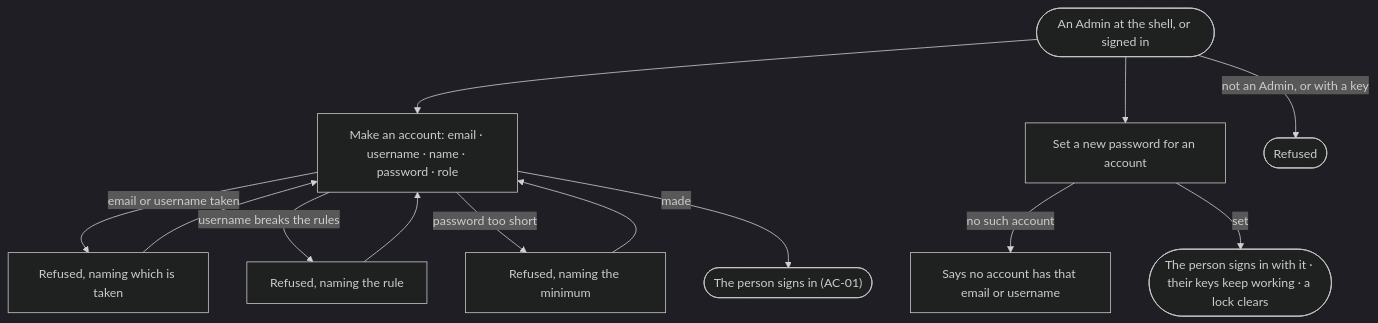
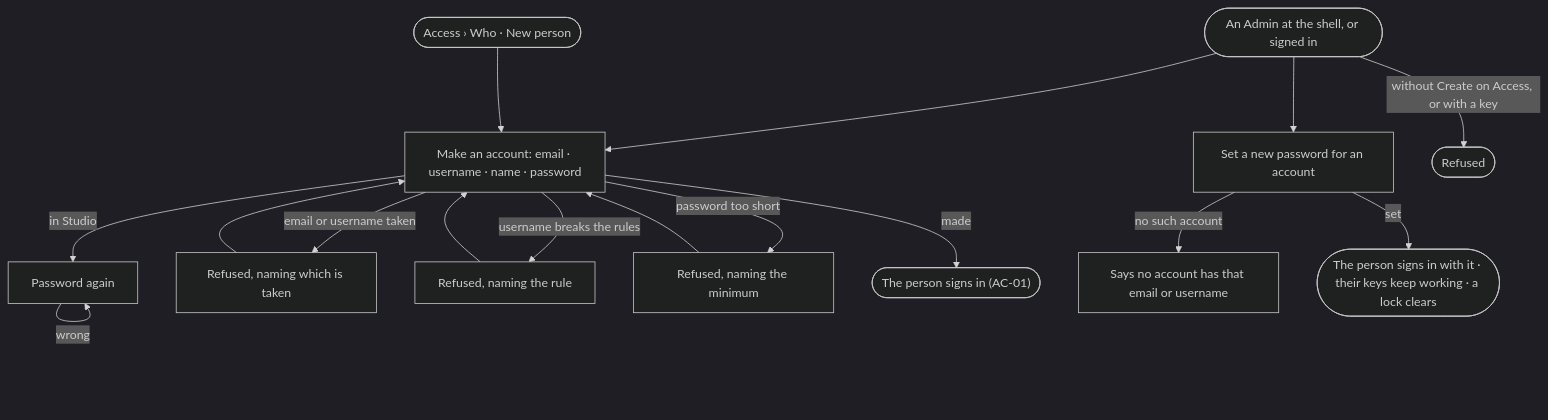
One commit to invana/invana changed the diagram in specs/os/access/features/AC-F01-sign-in-account-and-sessions/stories/AC-18-give-a-person-an-account/story.md. Above: the diagram before and after it, drawn with Mermaid (dark theme). The commit also changed other lines of this file and 456 other files, not shown here.

````diff
--- a/specs/os/access/features/AC-F01-sign-in-account-and-sessions/stories/AC-18-give-a-person-an-account/story.md
+++ b/specs/os/access/features/AC-F01-sign-in-account-and-sessions/stories/AC-18-give-a-person-an-account/story.md
@@ -26,12 +27,14 @@
 ```mermaid
 flowchart TD
-  a([An Admin at the shell, or signed in]) --> c["Make an account: email · username · name · password · role"]
+  a([An Admin at the shell, or signed in]) --> c["Make an account: email · username · name · password"]
+  st([Access › Who · New person]) --> c
+  c -->|in Studio| pa["Password again"] -->|wrong| pa
   c -->|email or username taken| t["Refused, naming which is taken"] --> c
   c -->|username breaks the rules| u["Refused, naming the rule"] --> c
   c -->|password too short| pw["Refused, naming the minimum"] --> c
   c -->|made| ok(["The person signs in (AC-01)"])
   a --> r["Set a new password for an account"]
   r -->|no such account| nf["Says no account has that email or username"]
   r -->|set| rs(["The person signs in with it · their keys keep working · a lock clears"])
-  a -->|not an Admin, or with a key| no(["Refused"])
+  a -->|without Create on Access, or with a key| no(["Refused"])
 ```
````
